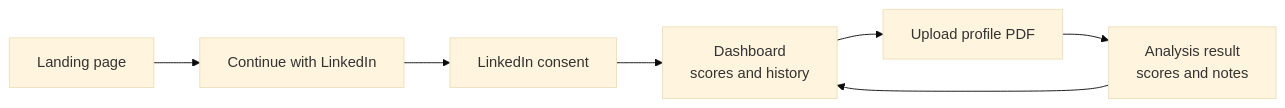
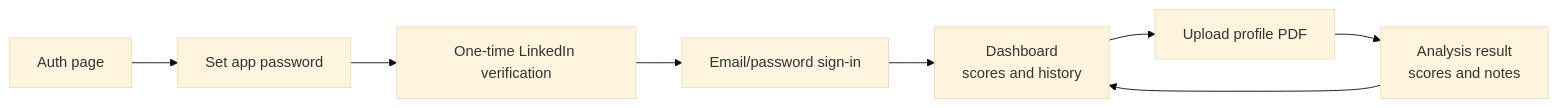
One commit to abt-bara/LinkedIn-Profile-Rating changed the first of 2 diagrams in docs/overview.md. Above: the diagram before and after it, drawn with Mermaid (base theme). The commit also changed other lines of this file and 25 other files, not shown here.

````diff
--- a/docs/overview.md
+++ b/docs/overview.md
@@ -16,9 +16,10 @@
 ```mermaid
 flowchart LR
-  A[Landing page] --> B[Continue with LinkedIn]
-  B --> C[LinkedIn consent]
-  C --> D[Dashboard<br/>scores and history]
-  D --> E[Upload profile PDF]
-  E --> F[Analysis result<br/>scores and notes]
-  F --> D
+  A[Auth page] --> B[Set app password]
+  B --> C[One-time LinkedIn verification]
+  C --> D[Email/password sign-in]
+  D --> E[Dashboard<br/>scores and history]
+  E --> F[Upload profile PDF]
+  F --> G[Analysis result<br/>scores and notes]
+  G --> E
 ```
````
